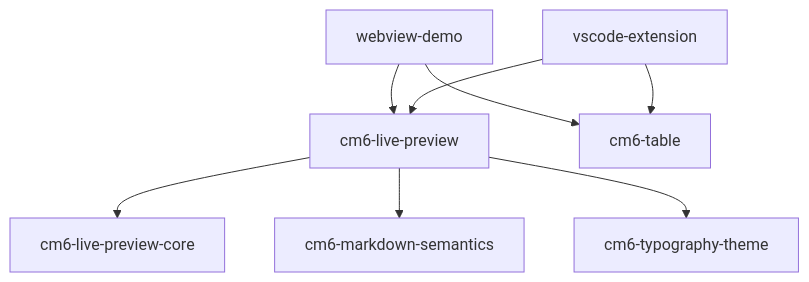
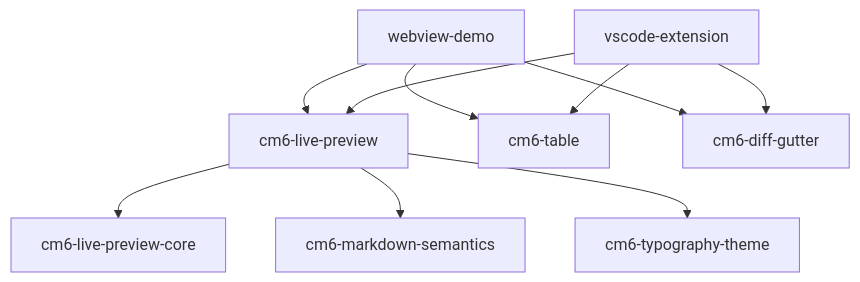
One commit to yuya296/MarkBloom changed the second of 3 diagrams in docs/architecture/overview.md. Above: the diagram before and after it, drawn with Mermaid. The commit also changed other lines of this file and 21 other files, not shown here.

````diff
--- a/docs/architecture/overview.md
+++ b/docs/architecture/overview.md
@@ -32,12 +34,14 @@
 ```mermaid
 graph TD
   webview-demo --> cm6-live-preview
   webview-demo --> cm6-table
+  webview-demo --> cm6-diff-gutter
 
   vscode-extension --> cm6-live-preview
   vscode-extension --> cm6-table
+  vscode-extension --> cm6-diff-gutter
 
   cm6-live-preview --> cm6-live-preview-core
   cm6-live-preview --> cm6-markdown-semantics
   cm6-live-preview --> cm6-typography-theme
 ```
````
